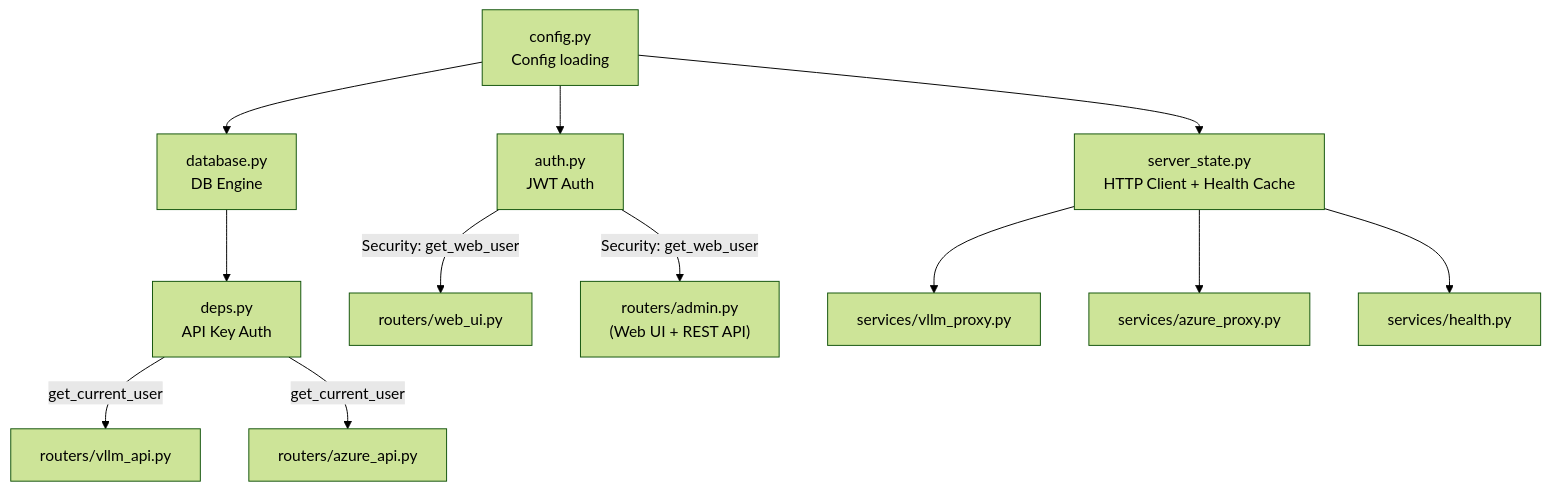
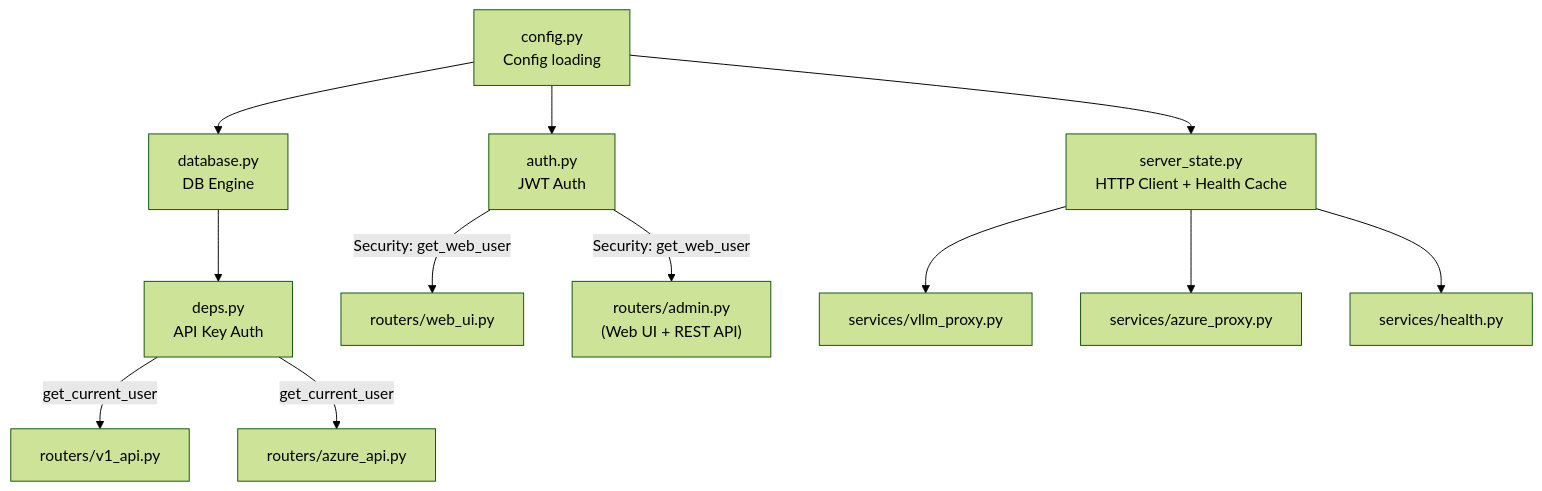
One commit to bwinken/llm-gateway changed the diagram in app/core/README.md. Above: the diagram before and after it, drawn with Mermaid (forest theme). The commit also changed 16 other files, not shown here.

````diff
--- a/app/core/README.md
+++ b/app/core/README.md
@@ -9,14 +9,14 @@
 ```mermaid
 graph TD
     config["config.py<br/>Config loading"] --> database["database.py<br/>DB Engine"]
     config --> auth["auth.py<br/>JWT Auth"]
     config --> server_state["server_state.py<br/>HTTP Client + Health Cache"]
     database --> deps["deps.py<br/>API Key Auth"]
     auth --> |Security: get_web_user| WebUI["routers/web_ui.py"]
     auth --> |Security: get_web_user| Admin["routers/admin.py<br/>(Web UI + REST API)"]
-    deps --> |get_current_user| LLM_API["routers/vllm_api.py"]
+    deps --> |get_current_user| LLM_API["routers/v1_api.py"]
     deps --> |get_current_user| AzureAPI["routers/azure_api.py"]
     server_state --> VllmProxy["services/vllm_proxy.py"]
     server_state --> AzureProxy["services/azure_proxy.py"]
     server_state --> Health["services/health.py"]
 ```
````
